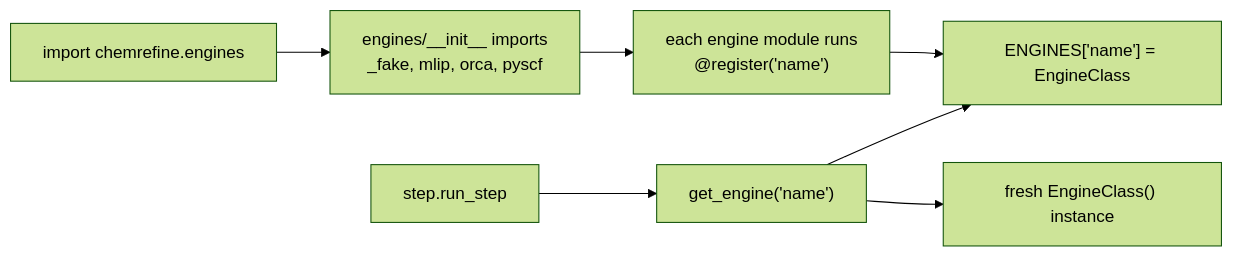
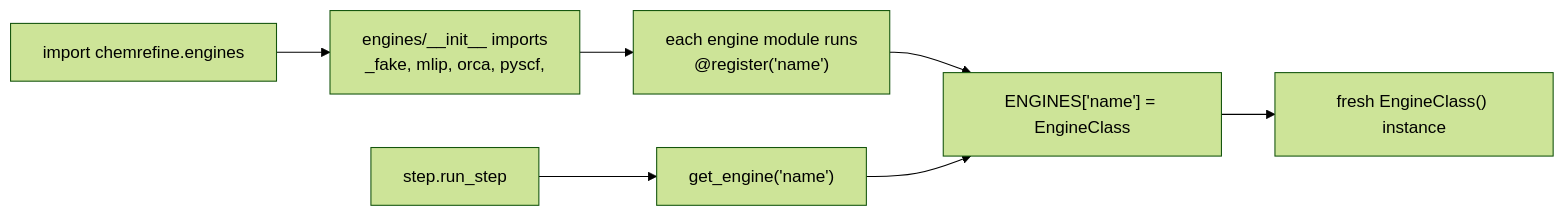
Before and after one commit to sterling-group/ChemRefine: the diagram in docs/developer/adding-an-engine.md, drawn with Mermaid (forest theme). The commit also changed other lines of this file and 57 other files, not shown here.

````diff
--- a/docs/developer/adding-an-engine.md
+++ b/docs/developer/adding-an-engine.md
@@ -21,9 +55,8 @@
 ```mermaid
 flowchart LR
-  A["import chemrefine.engines"] --> B["engines/__init__ imports\n_fake, mlip, orca, pyscf"]
+  A["import chemrefine.engines"] --> B["engines/__init__ imports\n_fake, mlip, orca, pyscf, <name>"]
   B --> C["each engine module runs\n@register('name')"]
   C --> D["ENGINES['name'] = EngineClass"]
   E["step.run_step"] --> F["get_engine('name')"]
-  F --> D
-  F --> G["fresh EngineClass() instance"]
+  F --> D --> G["fresh EngineClass() instance"]
 ```
````
